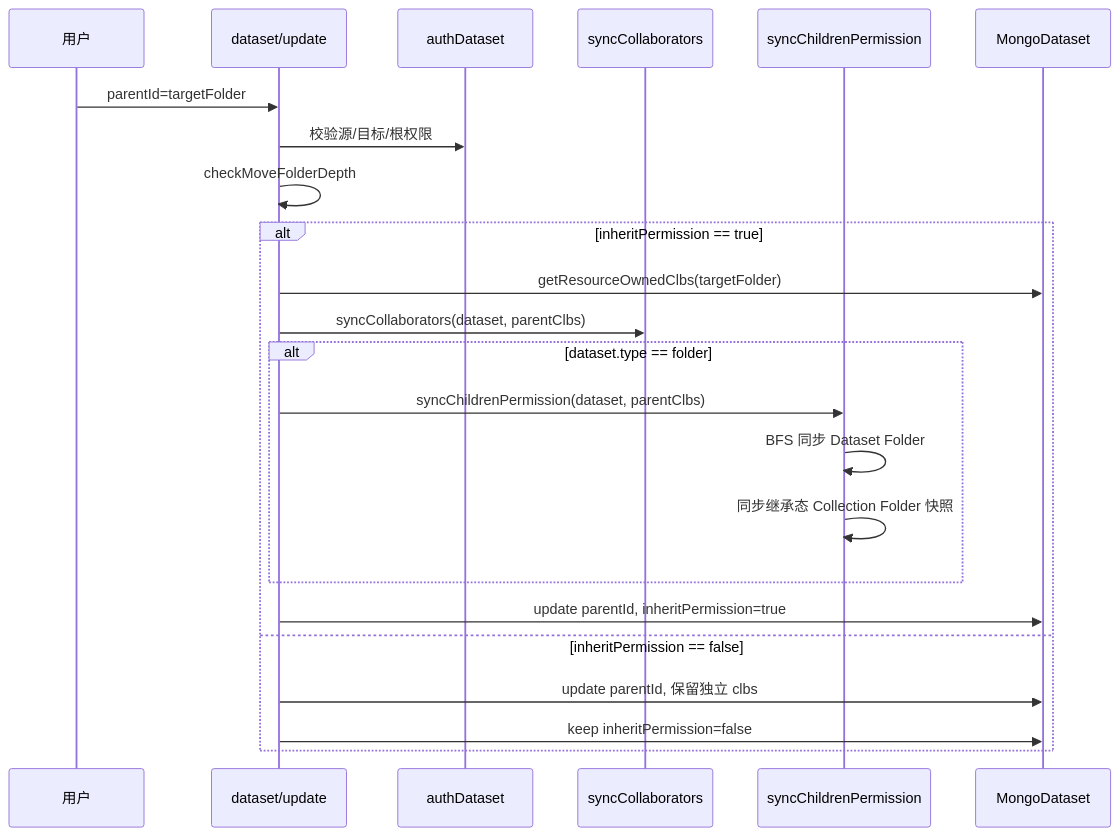
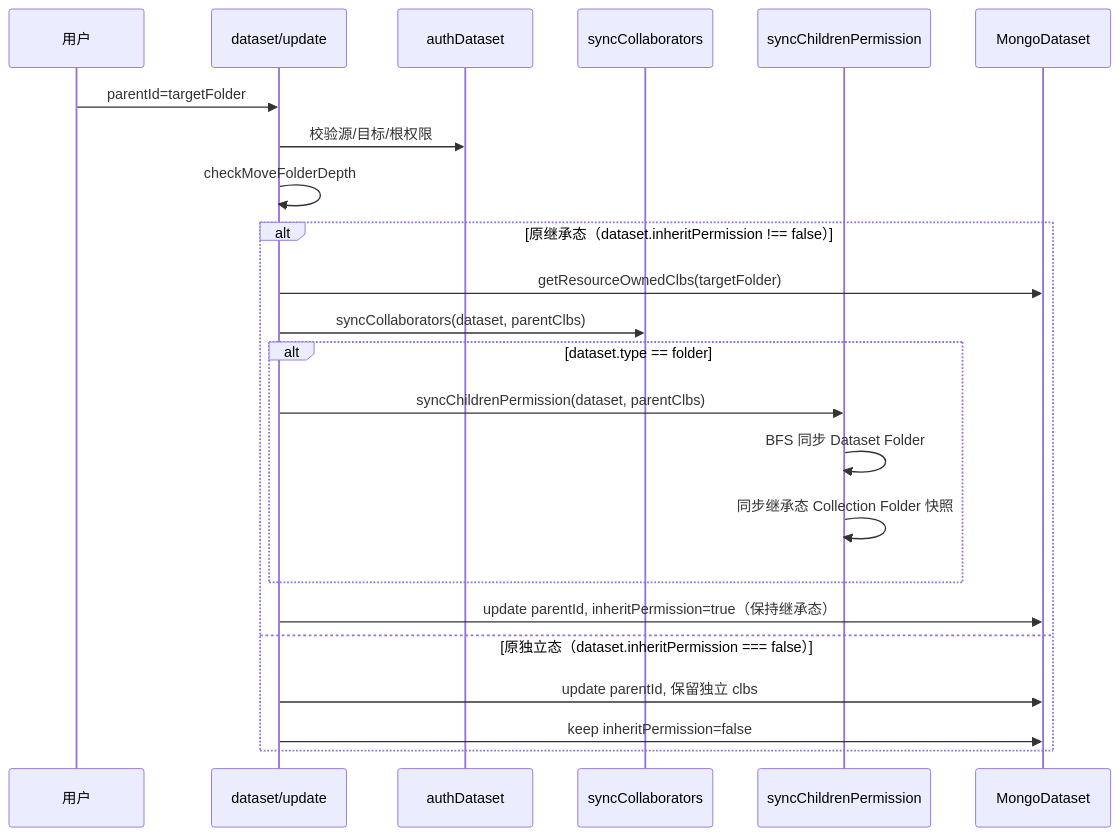
One commit to SteelHe/FastGPT changed the second of 5 diagrams in doc/design/collection-permission-design.md. Above: the diagram before and after it, drawn with Mermaid. The commit also changed other lines of this file and 54 other files, not shown here.

First line of the commit message:
feat(dataset): 创建 dataset 支持 inheritPermission；update/move 保持原继承关系；知识库列表平铺穿透

````diff
--- a/doc/design/collection-permission-design.md
+++ b/doc/design/collection-permission-design.md
@@ -304,26 +286,26 @@
 ```mermaid
 sequenceDiagram
     participant U as 用户
     participant API as dataset/update
     participant Auth as authDataset
     participant Sync as syncCollaborators
     participant Child as syncChildrenPermission
     participant DB as MongoDataset
 
     U->>API: parentId=targetFolder
     API->>Auth: 校验源/目标/根权限
     API->>API: checkMoveFolderDepth
-    alt inheritPermission == true
+    alt 原继承态（dataset.inheritPermission !== false）
         API->>DB: getResourceOwnedClbs(targetFolder)
         API->>Sync: syncCollaborators(dataset, parentClbs)
         alt dataset.type == folder
             API->>Child: syncChildrenPermission(dataset, parentClbs)
             Child->>Child: BFS 同步 Dataset Folder
             Child->>Child: 同步继承态 Collection Folder 快照
         end
-        API->>DB: update parentId, inheritPermission=true
-    else inheritPermission == false
+        API->>DB: update parentId, inheritPermission=true（保持继承态）
+    else 原独立态（dataset.inheritPermission === false）
         API->>DB: update parentId, 保留独立 clbs
         API->>DB: keep inheritPermission=false
     end
 ```
````
